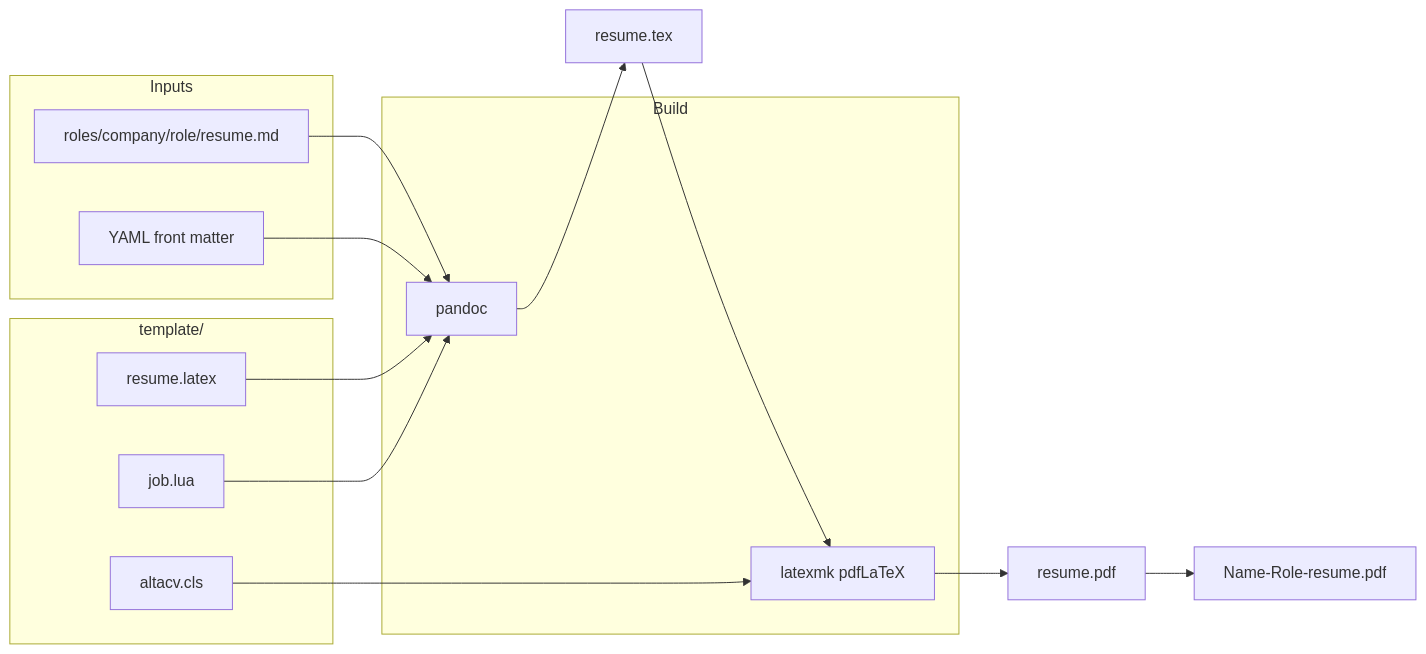
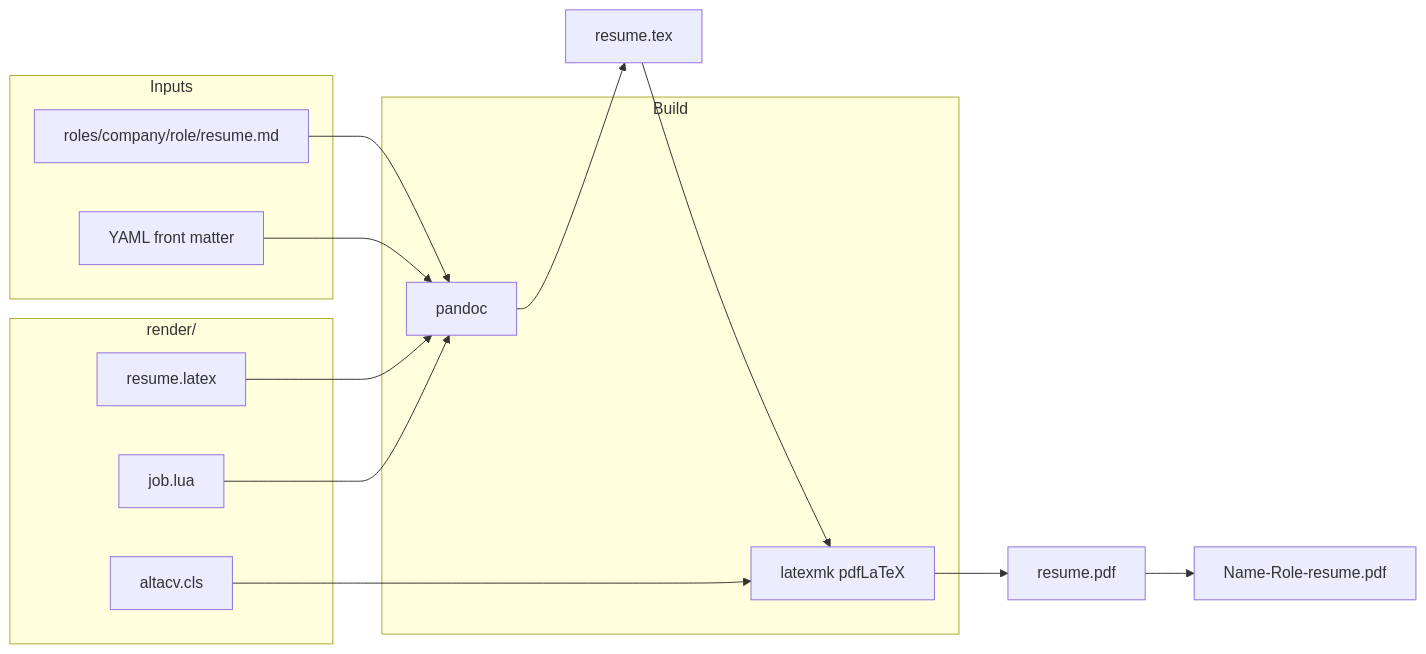
One commit to daniel-salter-ds/apply-with-agents changed the first of 2 diagrams in DESIGN.md. Above: the diagram before and after it, drawn with Mermaid. The commit also changed other lines of this file and 3 other files, not shown here.

````diff
--- a/DESIGN.md
+++ b/DESIGN.md
@@ -25,25 +25,25 @@
 ```mermaid
 flowchart LR
   subgraph inputs [Inputs]
     MD["roles/company/role/resume.md"]
     YAML[YAML front matter]
   end
-  subgraph template [template/]
+  subgraph render_layer [render/]
     TPL[resume.latex]
     LUA[job.lua]
     CLS[altacv.cls]
   end
   subgraph build [Build]
     P[pandoc]
     L[latexmk pdfLaTeX]
   end
   MD --> P
   YAML --> P
   TPL --> P
   LUA --> P
   P --> TEX[resume.tex]
   TEX --> L
   CLS --> L
   L --> PDF[resume.pdf]
   PDF --> NAMED["Name-Role-resume.pdf"]
 ```
````
